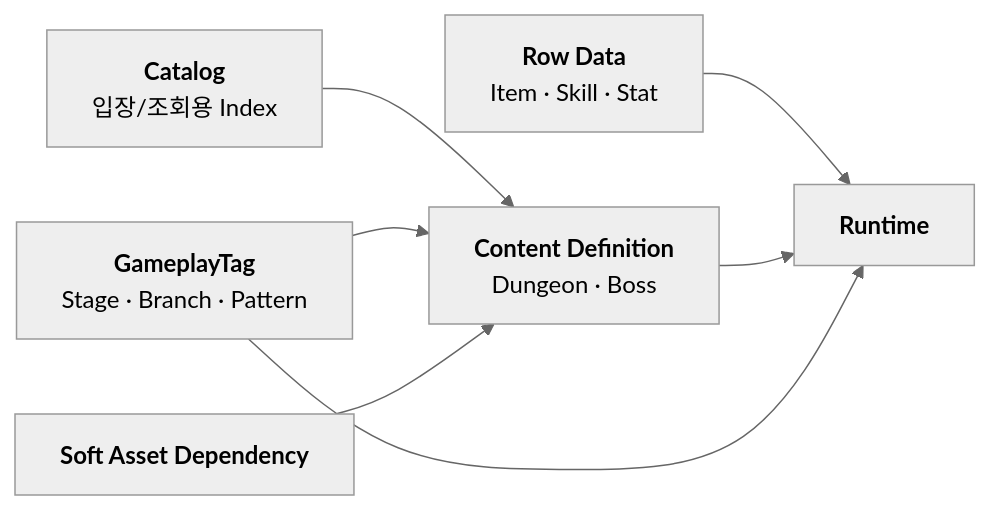
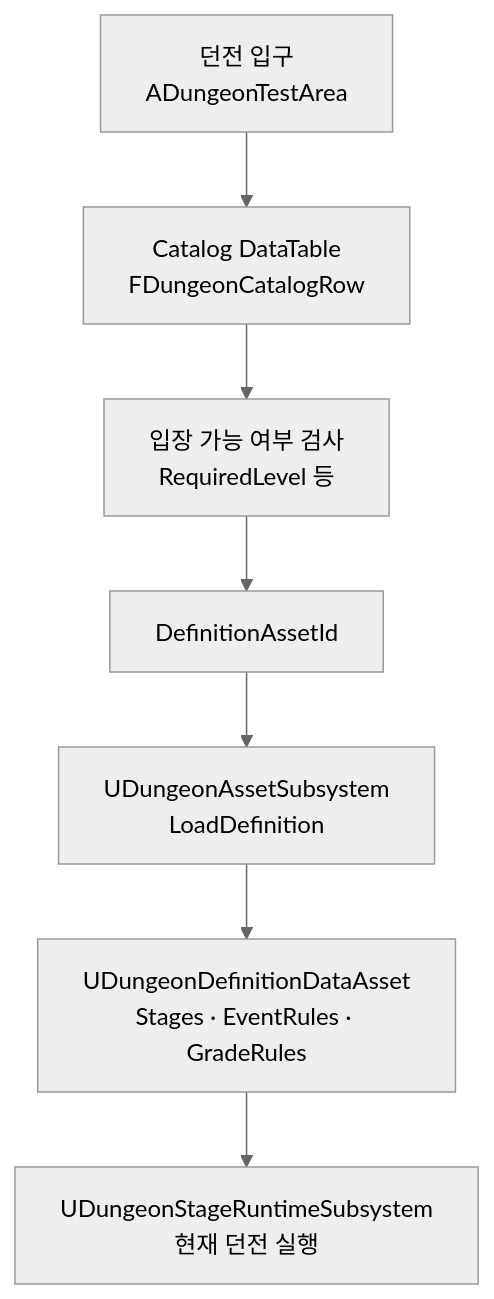
The first of 3 diagrams in Doc/Wiki/03_Data_Content_Architecture.md (chungheonLee0325/Sonheim), drawn with Mermaid (neutral theme) before and after one commit. The commit also changed other lines of this file, not shown here.

Commit message:
docs: clarify data architecture storage identity and loading

```diff
--- a/Doc/Wiki/03_Data_Content_Architecture.md
+++ b/Doc/Wiki/03_Data_Content_Architecture.md
@@ -33,16 +129,9 @@
 ~~~mermaid
-flowchart LR
-    ROW["<b>Row Data</b><br/>Item · Skill · Stat"]
-    CATALOG["<b>Catalog</b><br/>입장/조회용 Index"]
-    DEF["<b>Content Definition</b><br/>Dungeon · Boss"]
-    TAG["<b>GameplayTag</b><br/>Stage · Branch · Pattern"]
-    SOFT["<b>Soft Asset Dependency</b>"]
-    RUNTIME["<b>Runtime</b>"]
-
-    ROW --> RUNTIME
-    CATALOG --> DEF
-    DEF --> RUNTIME
-    TAG --> DEF
-    TAG --> RUNTIME
-    SOFT --> DEF
+flowchart TB
+    ENTRY["던전 입구<br/>ADungeonTestArea"] --> CATALOG["Catalog DataTable<br/>FDungeonCatalogRow"]
+    CATALOG --> CHECK["입장 가능 여부 검사<br/>RequiredLevel 등"]
+    CHECK --> ID["DefinitionAssetId"]
+    ID --> LOAD["UDungeonAssetSubsystem<br/>LoadDefinition"]
+    LOAD --> DEF["UDungeonDefinitionDataAsset<br/>Stages · EventRules · GradeRules"]
+    DEF --> RUN["UDungeonStageRuntimeSubsystem<br/>현재 던전 실행"]
 ~~~
```
